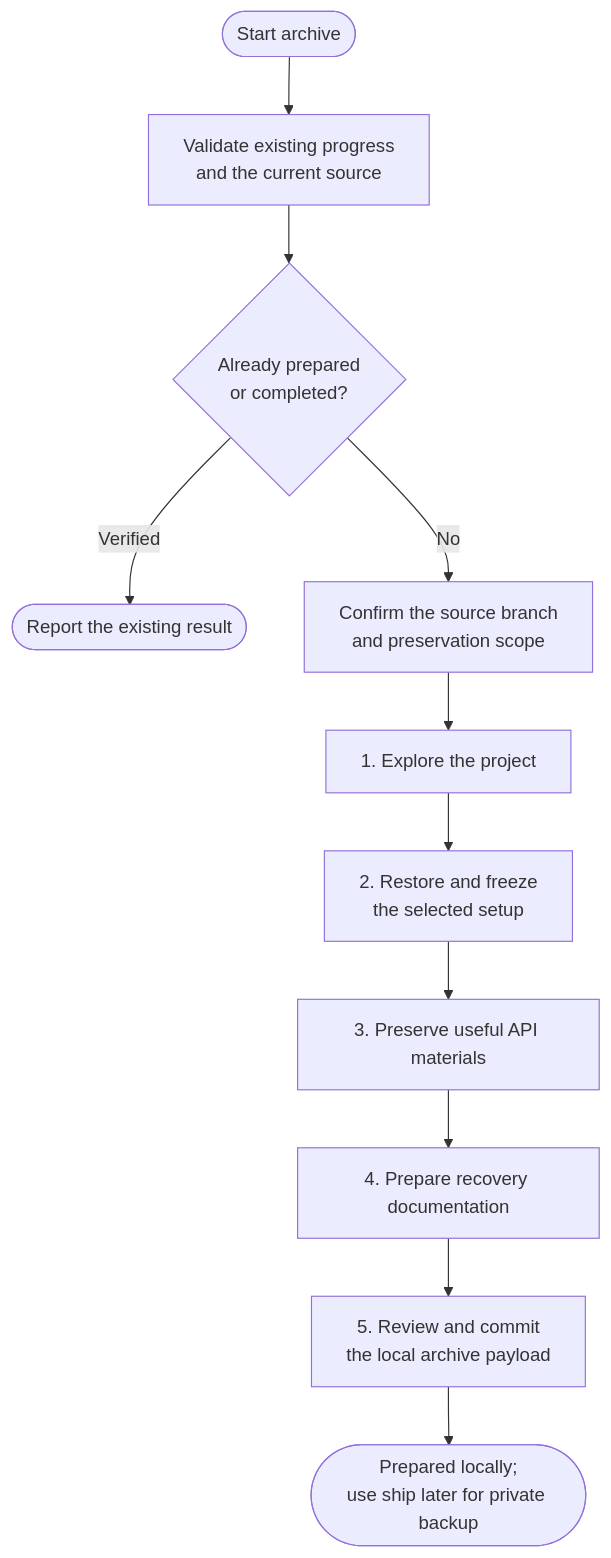
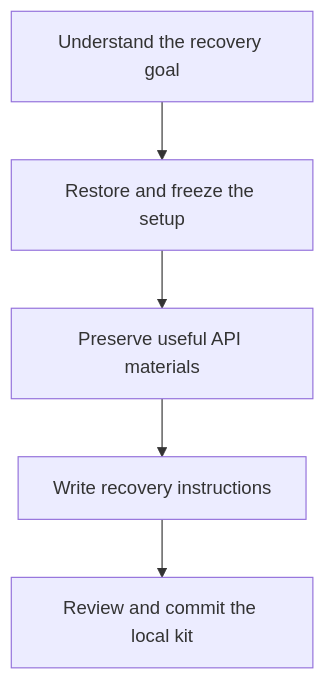
The diagram in docs/commands/archive.md (myowinthein/agent-helm), drawn with Mermaid before and after one commit. The commit also changed other lines of this file and 20 other files, not shown here.

````diff
--- a/docs/commands/archive.md
+++ b/docs/commands/archive.md
@@ -26,13 +16,7 @@
 ```mermaid
 flowchart TD
-  Start(["Start archive"]) --> Progress["Validate existing progress<br/>and the current source"]
-  Progress --> Done{"Already prepared<br/>or completed?"}
-  Done -->|Verified| Existing(["Report the existing result"])
-  Done -->|No| Branch["Confirm the source branch<br/>and preservation scope"]
-  Branch --> Explore["1. Explore the project"]
-  Explore --> Restore["2. Restore and freeze<br/>the selected setup"]
-  Restore --> API["3. Preserve useful API materials"]
-  API --> Docs["4. Prepare recovery documentation"]
-  Docs --> Payload["5. Review and commit<br/>the local archive payload"]
-  Payload --> End(["Prepared locally;<br/>use ship later for private backup"])
+  Explore["Understand the recovery goal"] --> Restore["Restore and freeze the setup"]
+  Restore --> API["Preserve useful API materials"]
+  API --> Docs["Write recovery instructions"]
+  Docs --> Review["Review and commit the local kit"]
 ```
````
